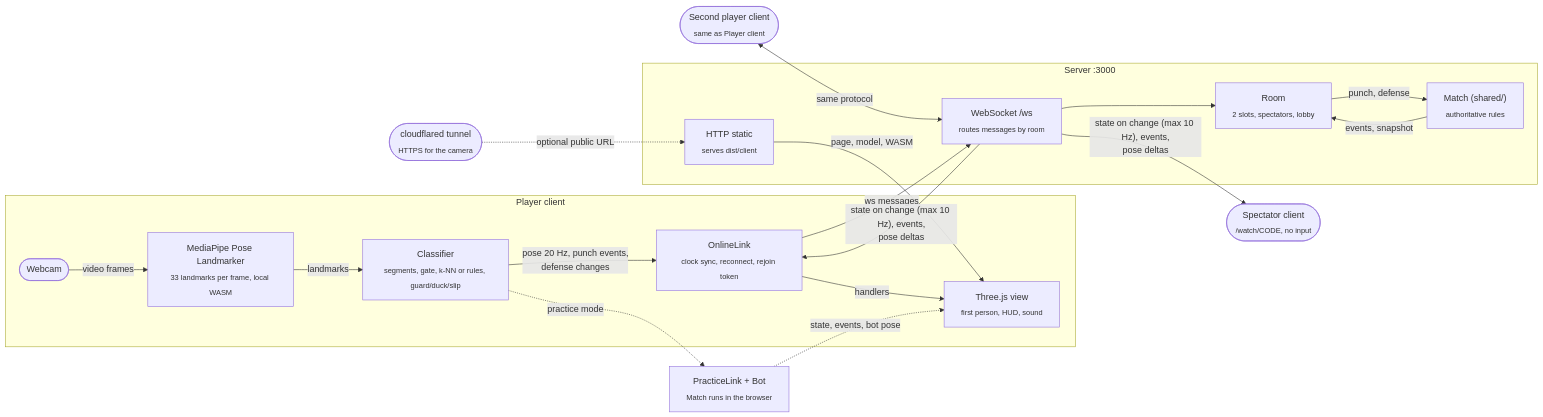
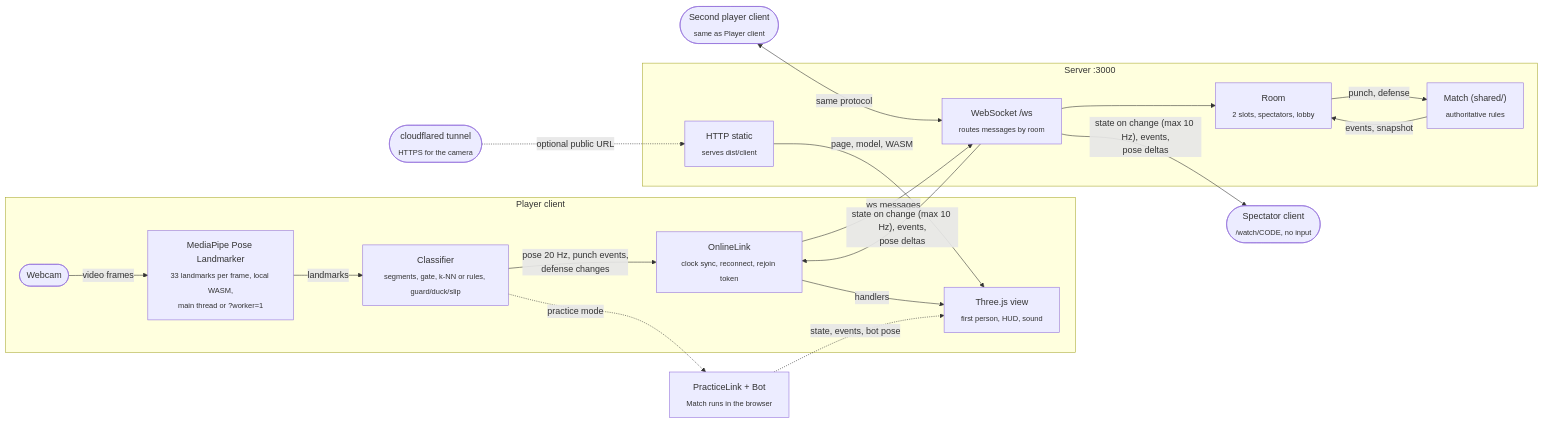
The first of 4 diagrams in README.md (teddycitrus/shadow-box), drawn with Mermaid before and after one commit. The commit also changed other lines of this file, not shown here.

Commit message:
updated README for frame rate rules, tracking flags and new evals

````diff
--- a/README.md
+++ b/README.md
@@ -124,36 +124,36 @@
 ```mermaid
 flowchart LR
   subgraph PA["Player client"]
     Cam(["Webcam"])
-    MP["MediaPipe Pose Landmarker<br/><sub>33 landmarks per frame, local WASM</sub>"]
+    MP["MediaPipe Pose Landmarker<br/><sub>33 landmarks per frame, local WASM,<br/>main thread or ?worker=1</sub>"]
     CL["Classifier<br/><sub>segments, gate, k-NN or rules, guard/duck/slip</sub>"]
     Link["OnlineLink<br/><sub>clock sync, reconnect, rejoin token</sub>"]
     View["Three.js view<br/><sub>first person, HUD, sound</sub>"]
   end
   subgraph SV["Server :3000"]
     HTTP["HTTP static<br/><sub>serves dist/client</sub>"]
     WS["WebSocket /ws<br/><sub>routes messages by room</sub>"]
     Room["Room<br/><sub>2 slots, spectators, lobby</sub>"]
     Match["Match (shared/)<br/><sub>authoritative rules</sub>"]
   end
   PB(["Second player client<br/><sub>same as Player client</sub>"])
   Spec(["Spectator client<br/><sub>/watch/CODE, no input</sub>"])
   Tun(["cloudflared tunnel<br/><sub>HTTPS for the camera</sub>"])
   Bot["PracticeLink + Bot<br/><sub>Match runs in the browser</sub>"]
 
   Cam -->|"video frames"| MP
   MP -->|"landmarks"| CL
   CL -->|"pose 20 Hz, punch events,<br/>defense changes"| Link
   Link -->|"ws messages"| WS
   WS --> Room
   Room -->|"punch, defense"| Match
   Match -->|"events, snapshot"| Room
   WS -->|"state on change (max 10 Hz), events,<br/>pose deltas"| Link
   Link -->|"handlers"| View
   PB <-->|"same protocol"| WS
   WS -->|"state on change (max 10 Hz), events,<br/>pose deltas"| Spec
   HTTP -->|"page, model, WASM"| View
   Tun -.->|"optional public URL"| HTTP
   CL -.->|"practice mode"| Bot
   Bot -.->|"state, events, bot pose"| View
 ```
````
